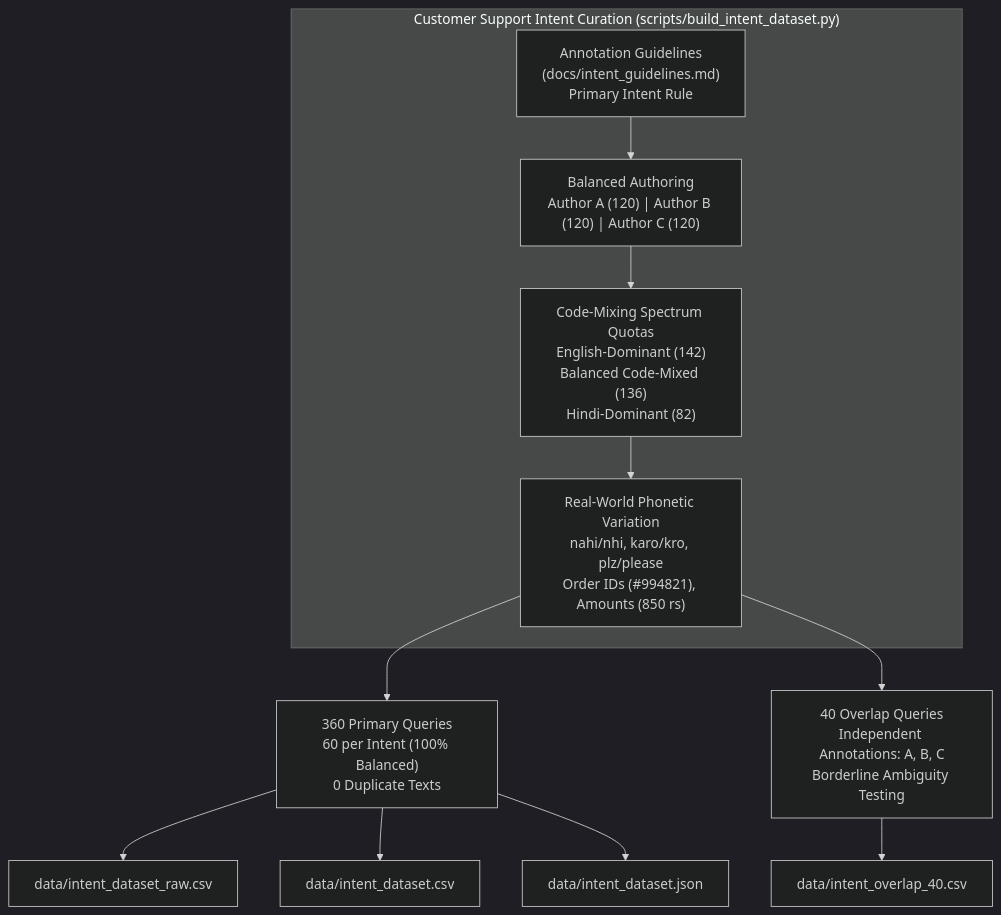
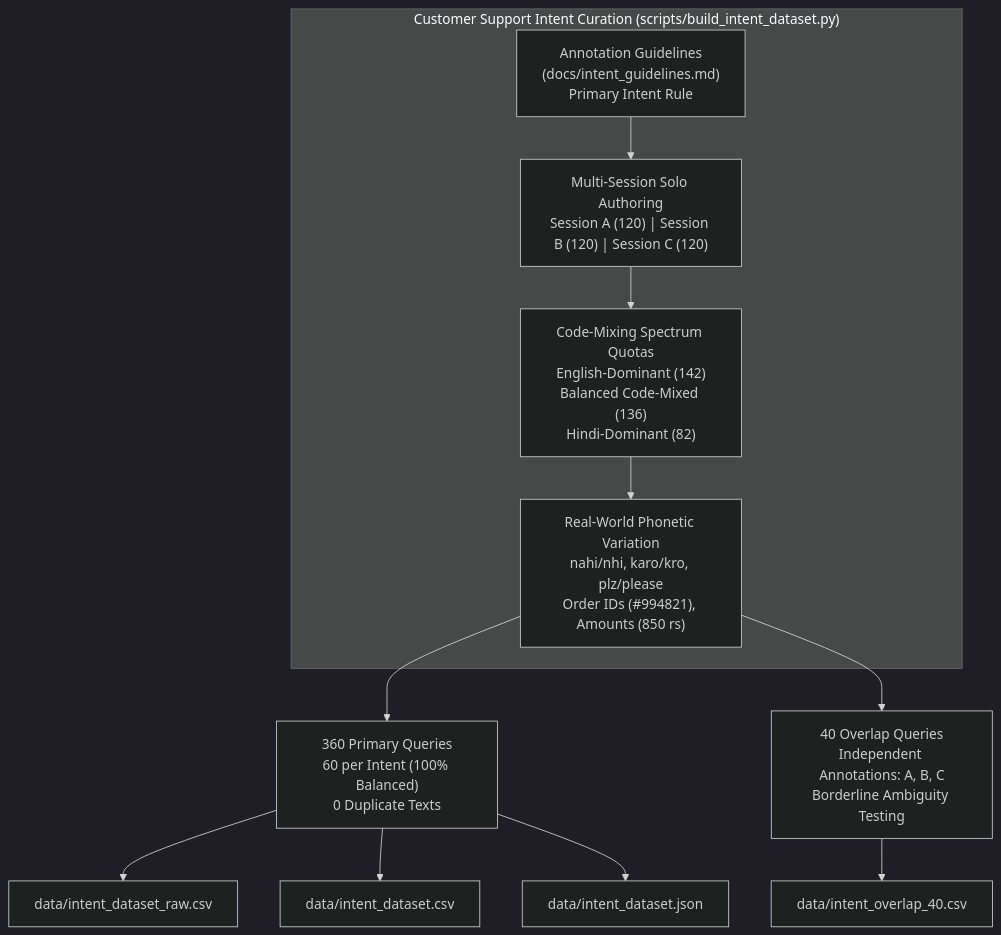
One commit to Jaydeep0832/Hinglish_ID changed diagram 11 of 16 in walkthrough.md. Above: the diagram before and after it, drawn with Mermaid (dark theme). The commit also changed other lines of this file and 10 other files, not shown here.

````diff
--- a/walkthrough.md
+++ b/walkthrough.md
@@ -608,17 +608,17 @@
 ```mermaid
 flowchart TD
     subgraph Intent_Curation["Customer Support Intent Curation (scripts/build_intent_dataset.py)"]
         GUIDE["Annotation Guidelines<br/>(docs/intent_guidelines.md)<br/>Primary Intent Rule"] --> AUTHORS
-        AUTHORS["Balanced Authoring<br/>Author A (120) | Author B (120) | Author C (120)"] --> SPECTRUM
+        AUTHORS["Multi-Session Solo Authoring<br/>Session A (120) | Session B (120) | Session C (120)"] --> SPECTRUM
         SPECTRUM["Code-Mixing Spectrum Quotas<br/>English-Dominant (142)<br/>Balanced Code-Mixed (136)<br/>Hindi-Dominant (82)"] --> PHONETICS
         PHONETICS["Real-World Phonetic Variation<br/>nahi/nhi, karo/kro, plz/please<br/>Order IDs (#994821), Amounts (850 rs)"]
     end
     
     PHONETICS --> DATASET["360 Primary Queries<br/>60 per Intent (100% Balanced)<br/>0 Duplicate Texts"]
     PHONETICS --> OVERLAP["40 Overlap Queries<br/>Independent Annotations: A, B, C<br/>Borderline Ambiguity Testing"]
     
     DATASET --> CSV_RAW["data/intent_dataset_raw.csv"]
     DATASET --> CSV_CLEAN["data/intent_dataset.csv"]
     DATASET --> JSON_CLEAN["data/intent_dataset.json"]
     OVERLAP --> CSV_OVERLAP["data/intent_overlap_40.csv"]
 ```
````
